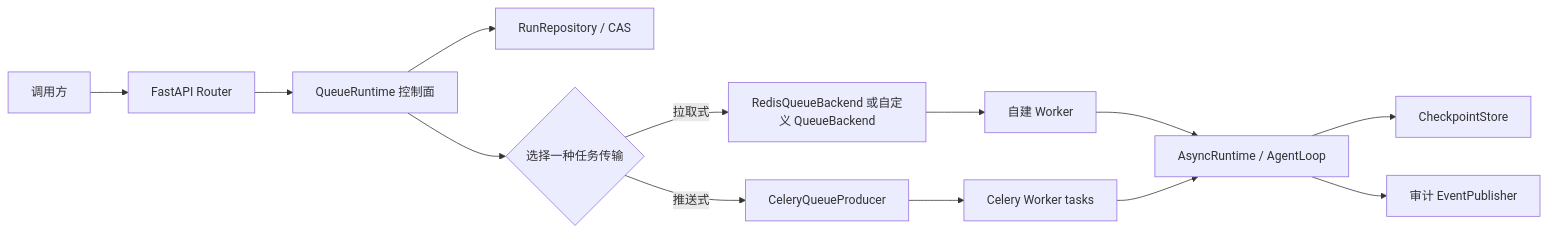
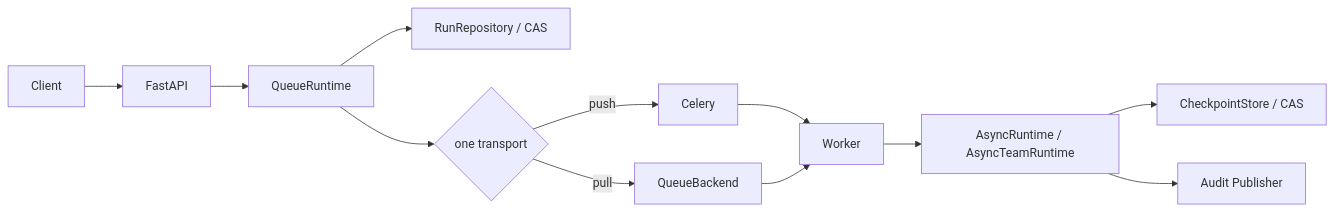
One commit to huleidada/matterloop changed the second of 2 diagrams in docs/enterprise-integration.md. Above: the diagram before and after it, drawn with Mermaid. The commit also changed other lines of this file and 16 other files, not shown here.

````diff
--- a/docs/enterprise-integration.md
+++ b/docs/enterprise-integration.md
@@ -98,15 +69,14 @@
 ```mermaid
 flowchart LR
-    U["调用方"] --> API["FastAPI Router"]
-    API --> QR["QueueRuntime 控制面"]
-    QR --> RP["RunRepository / CAS"]
-    QR --> QT{"选择一种任务传输"}
-    QT -->|拉取式| RB["RedisQueueBackend 或自定义 QueueBackend"]
-    QT -->|推送式| CP["CeleryQueueProducer"]
-    RB --> W1["自建 Worker"]
-    CP --> W2["Celery Worker tasks"]
-    W1 --> AR["AsyncRuntime / AgentLoop"]
-    W2 --> AR
-    AR --> CS["CheckpointStore"]
-    AR --> EP["审计 EventPublisher"]
+    Client --> API["FastAPI"]
+    API --> Control["QueueRuntime"]
+    Control --> Runs["RunRepository / CAS"]
+    Control --> Transport{"one transport"}
+    Transport -->|"push"| Celery["Celery"]
+    Transport -->|"pull"| Queue["QueueBackend"]
+    Celery --> Worker
+    Queue --> Worker
+    Worker --> Runtime["AsyncRuntime / AsyncTeamRuntime"]
+    Runtime --> Checkpoint["CheckpointStore / CAS"]
+    Runtime --> Audit["Audit Publisher"]
 ```
````
